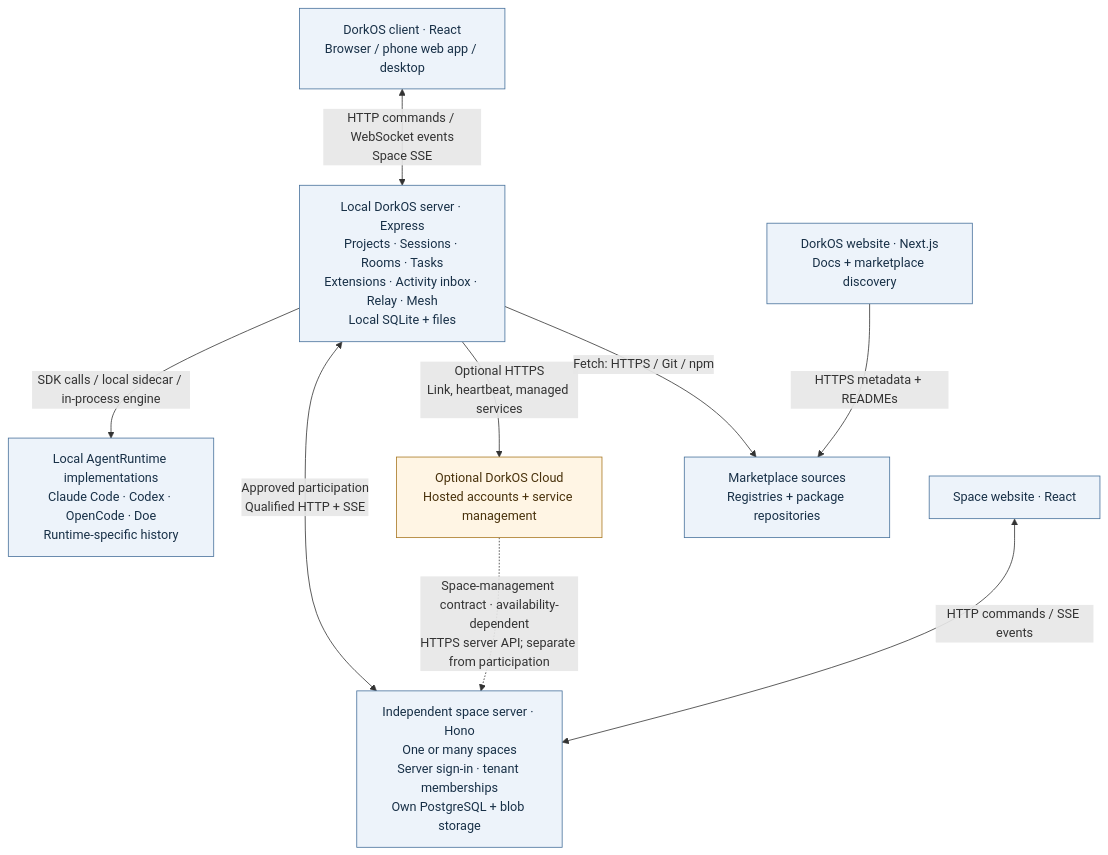
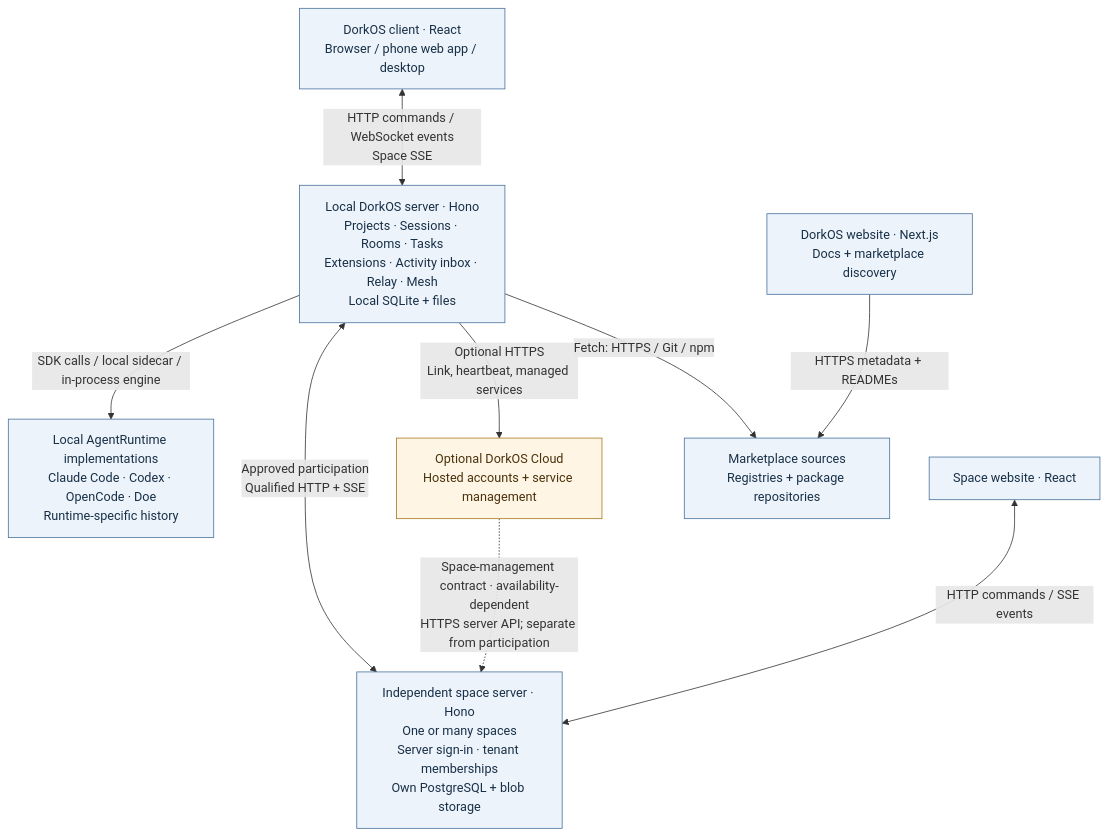
One commit to dork-labs/dorkos changed the diagram in contributing/diagrams/architecture/system-context.mmd. Above: the diagram before and after it, drawn with Mermaid. The commit also changed 28 other files, not shown here.

First line of the commit message:
docs: the server runs on Hono (DOR-2818)

```diff
--- a/contributing/diagrams/architecture/system-context.mmd
+++ b/contributing/diagrams/architecture/system-context.mmd
@@ -1,23 +1,23 @@
 flowchart TB
   accTitle: DorkOS systems and deployment boundaries
   accDescr: The client reaches the local execution server. Independent space servers serve one or many spaces. Cloud space management uses a separate public server API contract; rollout is independent of local implementation. Marketplace discovery and installation use the same package sources.
   client["DorkOS client · React<br/>Browser / phone web app / desktop"]
-  server["Local DorkOS server · Express<br/>Projects · Sessions · Rooms · Tasks<br/>Extensions · Activity inbox · Relay · Mesh<br/>Local SQLite + files"]
+  server["Local DorkOS server · Hono<br/>Projects · Sessions · Rooms · Tasks<br/>Extensions · Activity inbox · Relay · Mesh<br/>Local SQLite + files"]
   runtime["Local AgentRuntime implementations<br/>Claude Code · Codex · OpenCode · Doe<br/>Runtime-specific history"]
   cloud["Optional DorkOS Cloud<br/>Hosted accounts + service management"]
   community["Independent space server · Hono<br/>One or many spaces<br/>Server sign-in · tenant memberships<br/>Own PostgreSQL + blob storage"]
   communityUI["Space website · React"]
   sources["Marketplace sources<br/>Registries + package repositories"]
   site["DorkOS website · Next.js<br/>Docs + marketplace discovery"]
   client <-->|"HTTP commands / WebSocket events<br/>Space SSE"| server
   server -->|"SDK calls / local sidecar / in-process engine"| runtime
   server -->|"Optional HTTPS<br/>Link, heartbeat, managed services"| cloud
   server <-->|"Approved participation<br/>Qualified HTTP + SSE"| community
   cloud -.->|"Space-management contract · availability-dependent<br/>HTTPS server API; separate from participation"| community
   communityUI <-->|"HTTP commands / SSE events"| community
   server -->|"Fetch: HTTPS / Git / npm"| sources
   site -->|"HTTPS metadata + READMEs"| sources
   classDef service fill:#edf3fa,stroke:#46709b,color:#183047
   classDef hosted fill:#fff5e4,stroke:#a87720,color:#49320c
   class server,community,runtime,client,communityUI,site,sources service
   class cloud hosted
```
